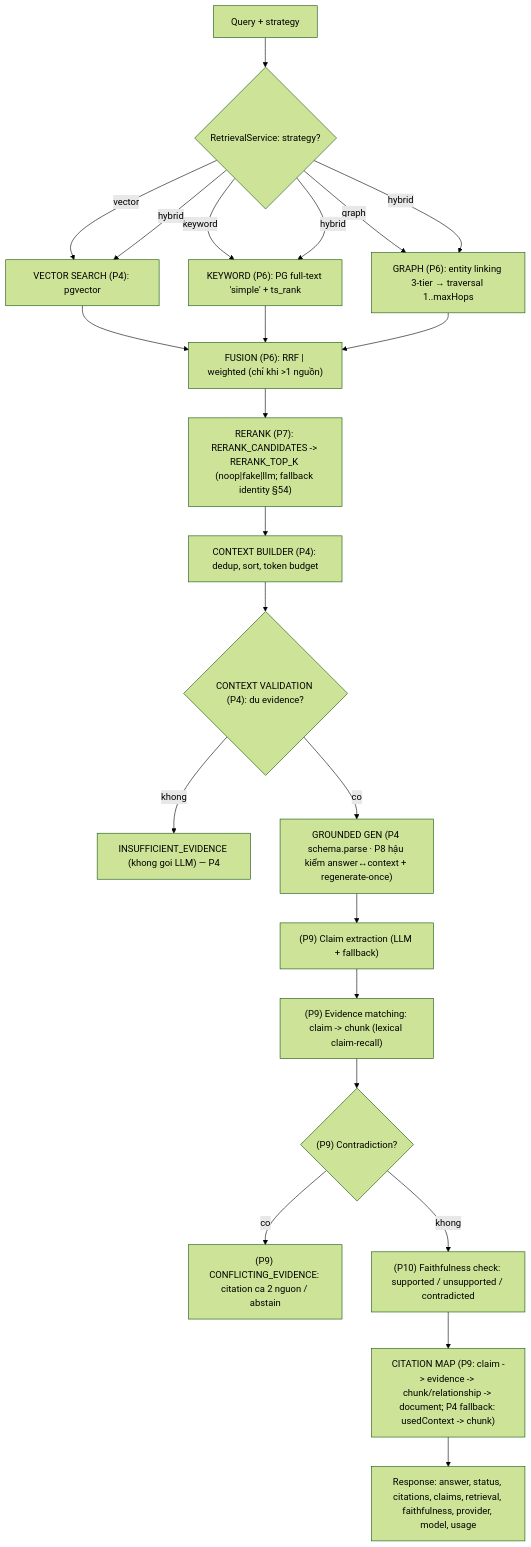
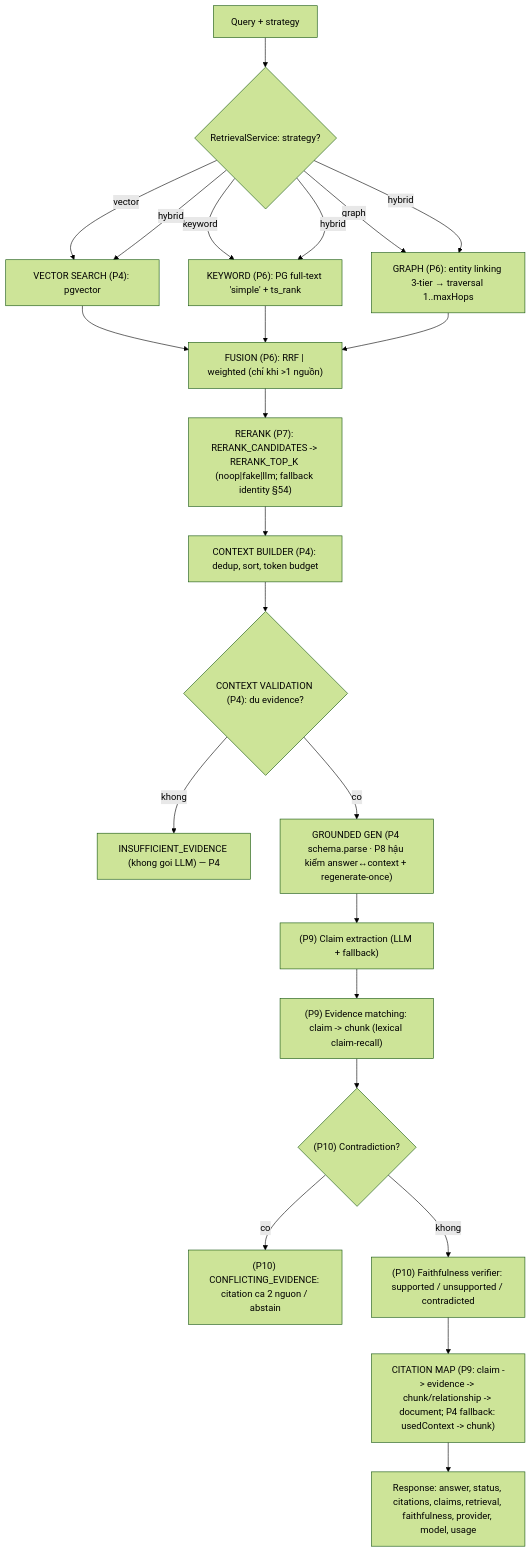
Before and after one commit to vietbevis/rag-reliability: the second of 2 diagrams in docs/architecture/rag-architecture.md, drawn with Mermaid (forest theme). The commit also changed other lines of this file and 17 other files, not shown here.

First line of the commit message:
feat(phase-10): faithfulness verifier & contradiction detection — hoàn thành

````diff
--- a/docs/architecture/rag-architecture.md
+++ b/docs/architecture/rag-architecture.md
@@ -113,23 +113,23 @@
 ```mermaid
 flowchart TD
   QRY[Query + strategy] --> DISP{"RetrievalService: strategy?"}
   DISP -->|vector| VEC["VECTOR SEARCH (P4): pgvector"]
   DISP -->|keyword| KW["KEYWORD (P6): PG full-text 'simple' + ts_rank"]
   DISP -->|graph| GR["GRAPH (P6): entity linking 3-tier → traversal 1..maxHops"]
   DISP -->|hybrid| VEC & KW & GR
   VEC --> FUS["FUSION (P6): RRF | weighted (chỉ khi >1 nguồn)"]
   KW --> FUS
   GR --> FUS
   FUS --> RR["RERANK (P7): RERANK_CANDIDATES -> RERANK_TOP_K (noop|fake|llm; fallback identity §54)"]
   RR --> CB["CONTEXT BUILDER (P4): dedup, sort, token budget"]
   CB --> CV{"CONTEXT VALIDATION (P4): du evidence?"}
   CV -->|khong| ABS["INSUFFICIENT_EVIDENCE (khong goi LLM) — P4"]
   CV -->|co| GEN["GROUNDED GEN (P4 schema.parse · P8 hậu kiểm answer↔context + regenerate-once)"]
   GEN --> CE["(P9) Claim extraction (LLM + fallback)"]
   CE --> EM["(P9) Evidence matching: claim -> chunk (lexical claim-recall)"]
-  EM --> CD{"(P9) Contradiction?"}
-  CD -->|co| CF["(P9) CONFLICTING_EVIDENCE: citation ca 2 nguon / abstain"]
-  CD -->|khong| FF["(P10) Faithfulness check: supported / unsupported / contradicted"]
+  EM --> CD{"(P10) Contradiction?"}
+  CD -->|co| CF["(P10) CONFLICTING_EVIDENCE: citation ca 2 nguon / abstain"]
+  CD -->|khong| FF["(P10) Faithfulness verifier: supported / unsupported / contradicted"]
   FF --> CIT["CITATION MAP (P9: claim -> evidence -> chunk/relationship -> document; P4 fallback: usedContext -> chunk)"]
   CIT --> RESP["Response: answer, status, citations, claims, retrieval, faithfulness, provider, model, usage"]
 ```
````
